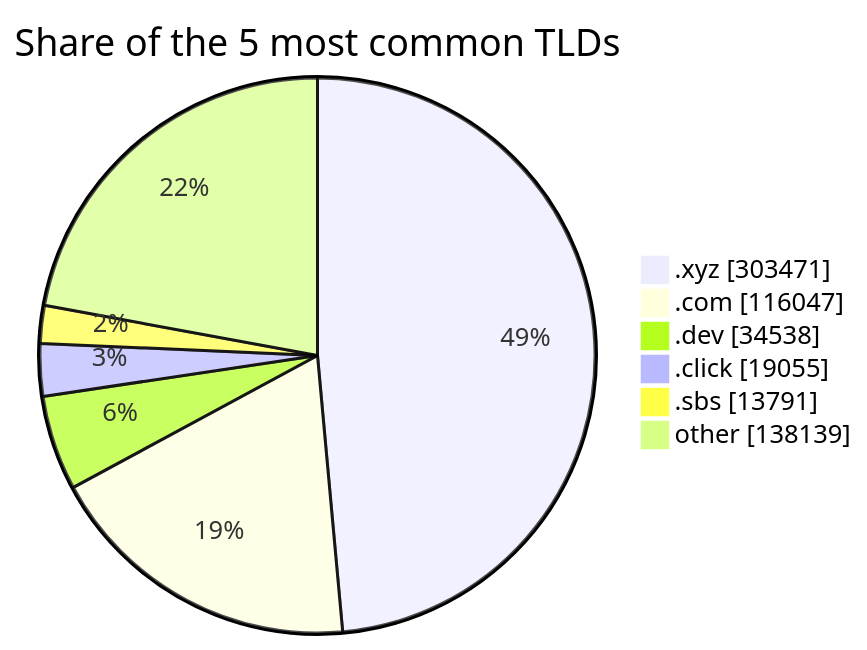
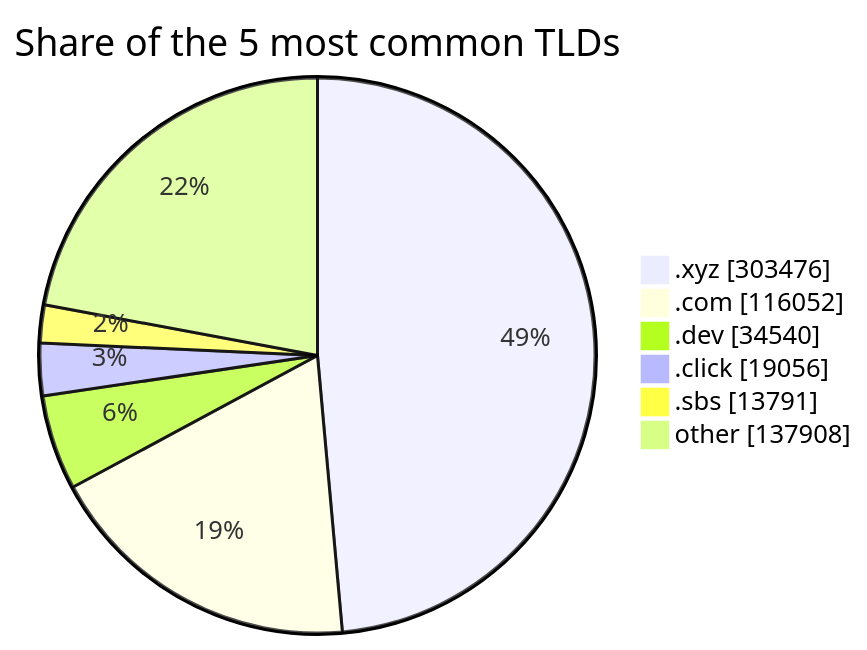
One commit to DNSBunker/CTI changed the third of 3 diagrams in README.md. Above: the diagram before and after it, drawn with Mermaid. The commit also changed other lines of this file and 3 other files, not shown here.

````diff
--- a/README.md
+++ b/README.md
@@ -81,9 +81,9 @@
 ```mermaid
 pie showData title Share of the 5 most common TLDs
-    ".xyz" : 303471
-    ".com" : 116047
-    ".dev" : 34538
-    ".click" : 19055
+    ".xyz" : 303476
+    ".com" : 116052
+    ".dev" : 34540
+    ".click" : 19056
     ".sbs" : 13791
-    "other" : 138139
+    "other" : 137908
 ```
````
